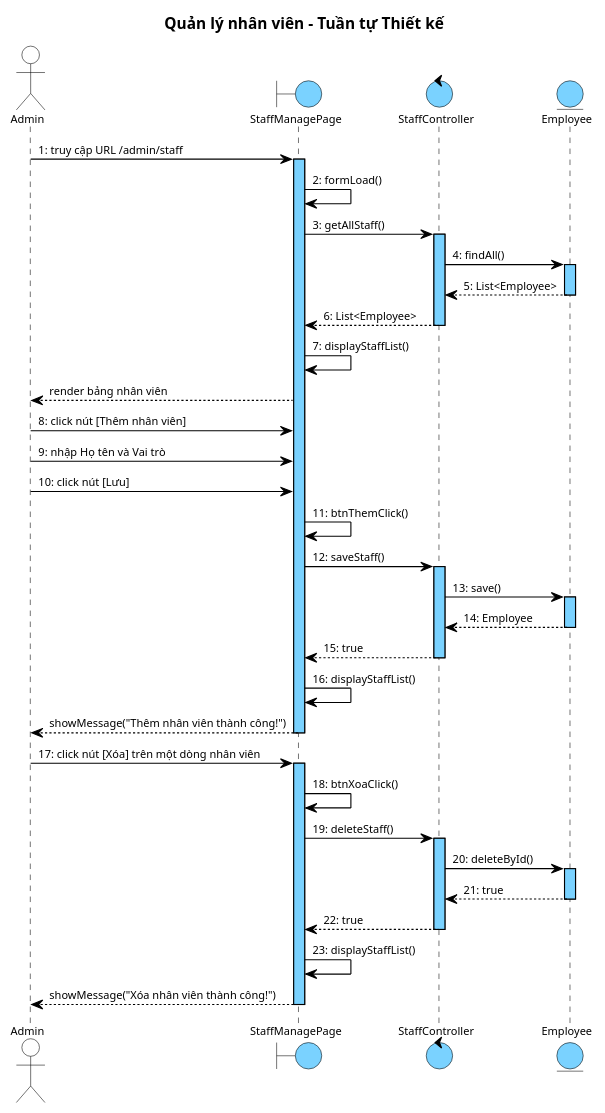
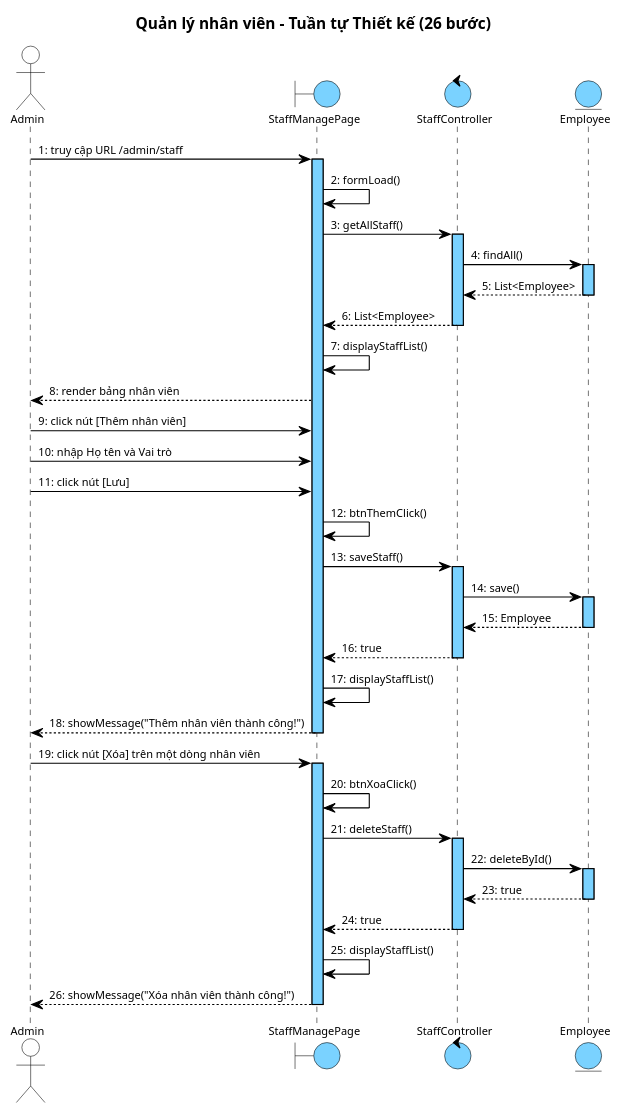
The eighth of 8 diagrams in docs/tabs/account/iii-design.md (thanhtrnnn/cnpm), drawn with PlantUML before and after one commit. The commit also changed other lines of this file and 19 other files, not shown here.

First line of the commit message:
fix: account sequence diagrams 1:1 step parity (II.4 + III.4) + 4.2 format

````diff
--- a/docs/tabs/account/iii-design.md
+++ b/docs/tabs/account/iii-design.md
@@ -1107,7 +1102,7 @@
   }
 }
 </style>
-title Quản lý nhân viên – Tuần tự Thiết kế
+title Quản lý nhân viên – Tuần tự Thiết kế (26 bước)
 
 actor "Admin" as Admin
 boundary StaffManagePage as B1
@@ -1126,37 +1121,37 @@
 C1 --> B1 : 6: List<Employee>
 deactivate C1
 B1 -> B1 : 7: displayStaffList()
-B1 --> Admin : render bảng nhân viên
+B1 --> Admin : 8: render bảng nhân viên
 
-Admin -> B1 : 8: click nút [Thêm nhân viên]
-Admin -> B1 : 9: nhập Họ tên và Vai trò
-Admin -> B1 : 10: click nút [Lưu]
-B1 -> B1 : 11: btnThemClick()
-B1 -> C1 : 12: saveStaff()
+Admin -> B1 : 9: click nút [Thêm nhân viên]
+Admin -> B1 : 10: nhập Họ tên và Vai trò
+Admin -> B1 : 11: click nút [Lưu]
+B1 -> B1 : 12: btnThemClick()
+B1 -> C1 : 13: saveStaff()
 activate C1
-C1 -> E1 : 13: save()
+C1 -> E1 : 14: save()
 activate E1
-E1 --> C1 : 14: Employee
+E1 --> C1 : 15: Employee
 deactivate E1
-C1 --> B1 : 15: true
+C1 --> B1 : 16: true
 deactivate C1
-B1 -> B1 : 16: displayStaffList()
-B1 --> Admin : showMessage("Thêm nhân viên thành công!")
+B1 -> B1 : 17: displayStaffList()
+B1 --> Admin : 18: showMessage("Thêm nhân viên thành công!")
 deactivate B1
 
-Admin -> B1 : 17: click nút [Xóa] trên một dòng nhân viên
+Admin -> B1 : 19: click nút [Xóa] trên một dòng nhân viên
 activate B1
-B1 -> B1 : 18: btnXoaClick()
-B1 -> C1 : 19: deleteStaff()
+B1 -> B1 : 20: btnXoaClick()
+B1 -> C1 : 21: deleteStaff()
 activate C1
-C1 -> E1 : 20: deleteById()
+C1 -> E1 : 22: deleteById()
 activate E1
-E1 --> C1 : 21: true
+E1 --> C1 : 23: true
 deactivate E1
-C1 --> B1 : 22: true
+C1 --> B1 : 24: true
 deactivate C1
-B1 -> B1 : 23: displayStaffList()
-B1 --> Admin : showMessage("Xóa nhân viên thành công!")
+B1 -> B1 : 25: displayStaffList()
+B1 --> Admin : 26: showMessage("Xóa nhân viên thành công!")
 deactivate B1
 @enduml
 ```
````
